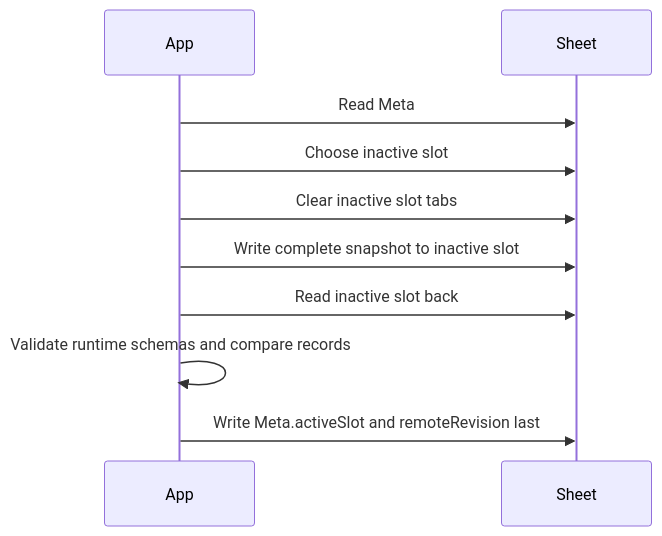
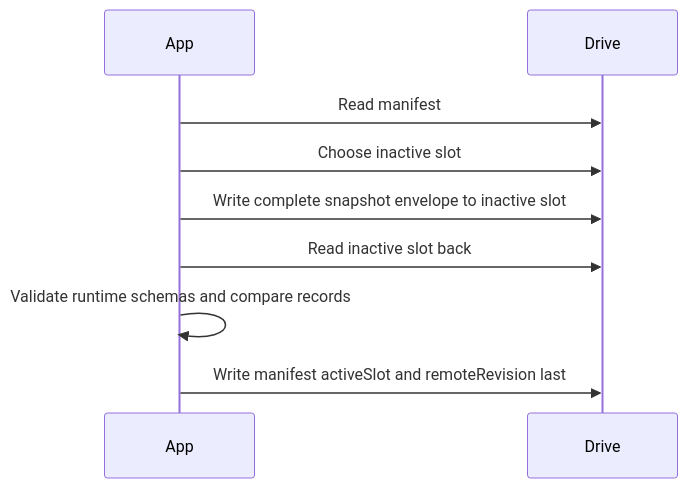
The diagram in docs/GOOGLE_SYNC.md (datojulien/bluehour), drawn with Mermaid before and after one commit. The commit also changed other lines of this file and 28 other files, not shown here.

````diff
--- a/docs/GOOGLE_SYNC.md
+++ b/docs/GOOGLE_SYNC.md
@@ -41,12 +46,11 @@
 ```mermaid
 sequenceDiagram
   participant App
-  participant Sheet
-  App->>Sheet: Read Meta
-  App->>Sheet: Choose inactive slot
-  App->>Sheet: Clear inactive slot tabs
-  App->>Sheet: Write complete snapshot to inactive slot
-  App->>Sheet: Read inactive slot back
+  participant Drive
+  App->>Drive: Read manifest
+  App->>Drive: Choose inactive slot
+  App->>Drive: Write complete snapshot envelope to inactive slot
+  App->>Drive: Read inactive slot back
   App->>App: Validate runtime schemas and compare records
-  App->>Sheet: Write Meta.activeSlot and remoteRevision last
+  App->>Drive: Write manifest activeSlot and remoteRevision last
 ```
````
